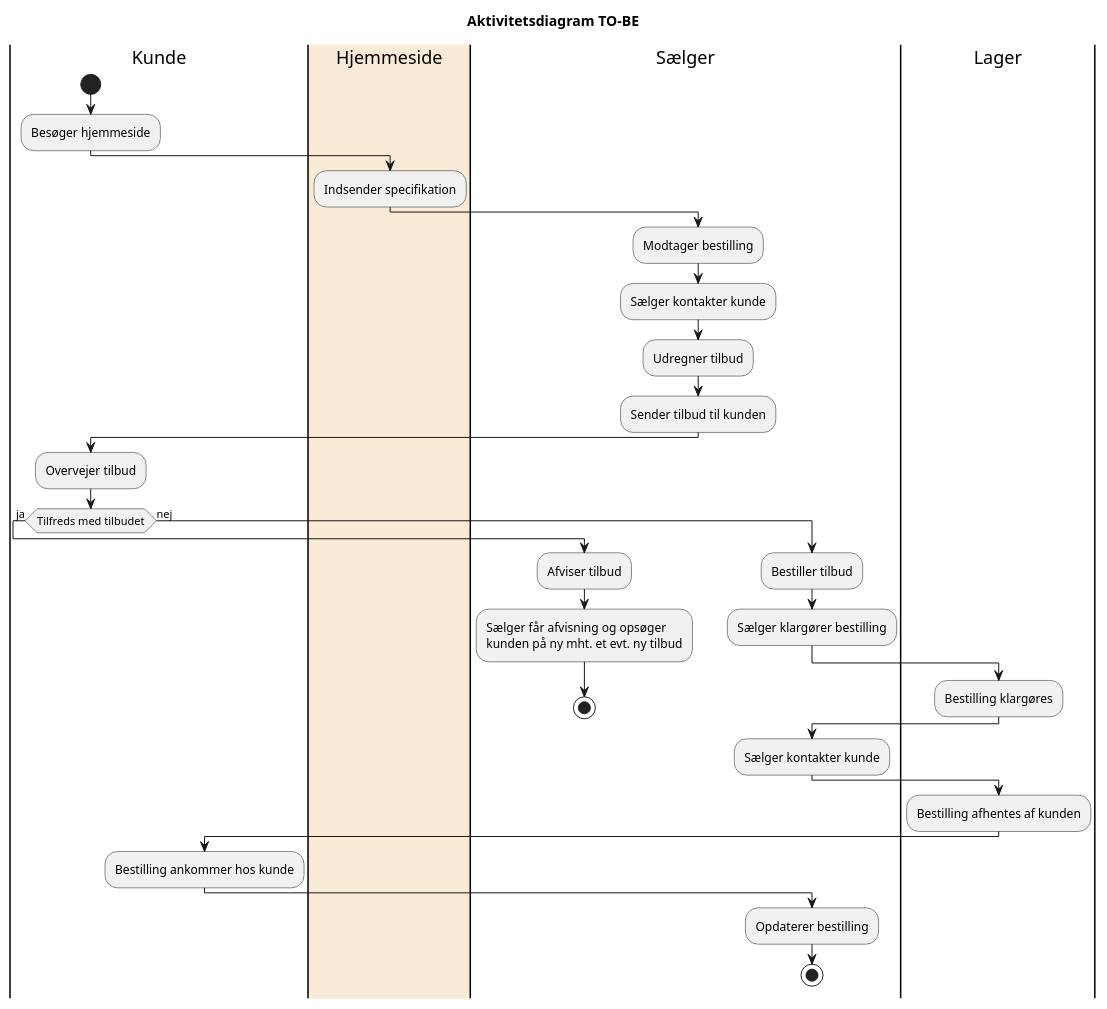
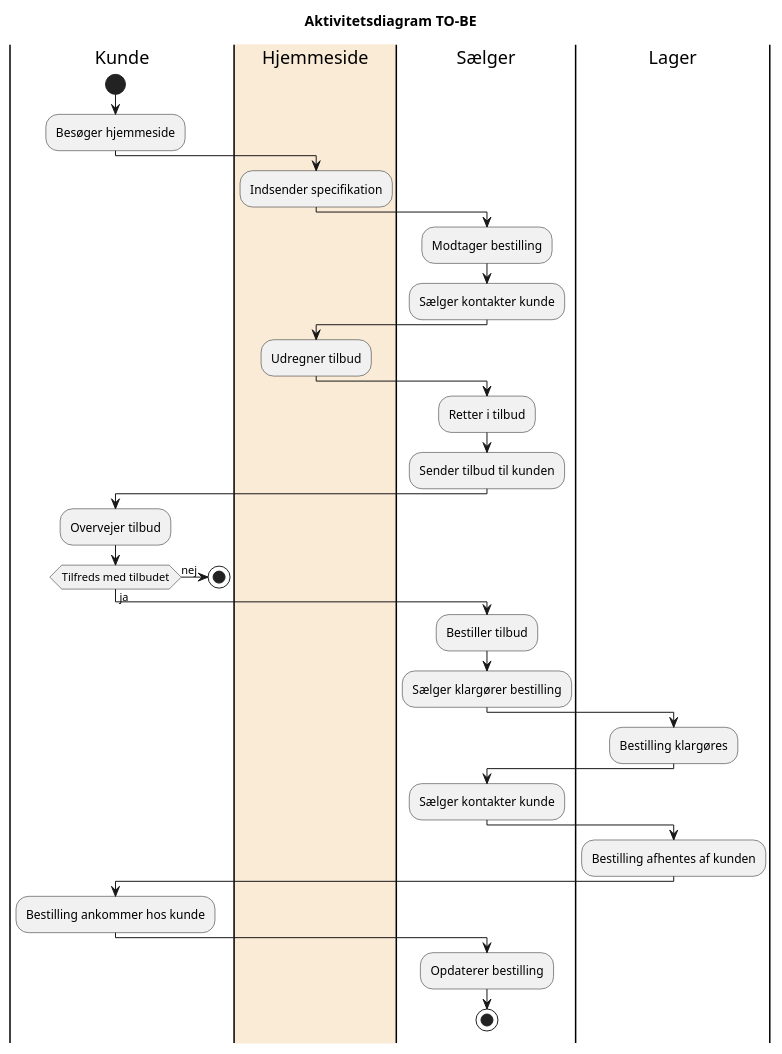
The diagram in src/main/UML/CupCake_Activity_TO-BE.puml (codergram/Fog), drawn with PlantUML before and after one commit. The commit also changed 2 other files, not shown here.

```diff
--- a/src/main/UML/CupCake_Activity_TO-BE.puml
+++ b/src/main/UML/CupCake_Activity_TO-BE.puml
@@ -1,55 +1,60 @@
 @startuml
 Title Aktivitetsdiagram TO-BE
 
 |Kunde|
 start
 :Besøger hjemmeside;
 
 |#AntiqueWhite|Hjemmeside|
 :Indsender specifikation;
 
 |Sælger|
 :Modtager bestilling;
 :Sælger kontakter kunde;
+
+|#AntiqueWhite|Hjemmeside|
 :Udregner tilbud;
+
+|Sælger|
+:Retter i tilbud;
 :Sender tilbud til kunden;
 
 |Kunde|
 :Overvejer tilbud;
-    if (Tilfreds med tilbudet) equals (ja) then
-    |Sælger|
-    :Afviser tilbud;
-
-    |Sælger|
-    :Sælger får afvisning og opsøger
-    kunden på ny mht. et evt. ny tilbud;
+    if (Tilfreds med tilbudet) equals (nej) then
+'    |Sælger|
+'    :Afviser tilbud;
+'
+'    |Sælger|
+'    :Sælger får afvisning og opsøger
+'    kunden på ny mht. et evt. ny tilbud;
     stop
 
-    else (nej)
+    else (ja)
     |Sælger|
     :Bestiller tilbud;
     :Sælger klargører bestilling;
 
     |Lager|
     :Bestilling klargøres;
 
     |Sælger|
     :Sælger kontakter kunde;
 
     |Lager|
     :Bestilling afhentes af kunden;
 
     |Kunde|
     :Bestilling ankommer hos kunde;
 
     |Sælger|
     :Opdaterer bestilling;
     stop
 
 
 
 
 
 
 
 @enduml
```
